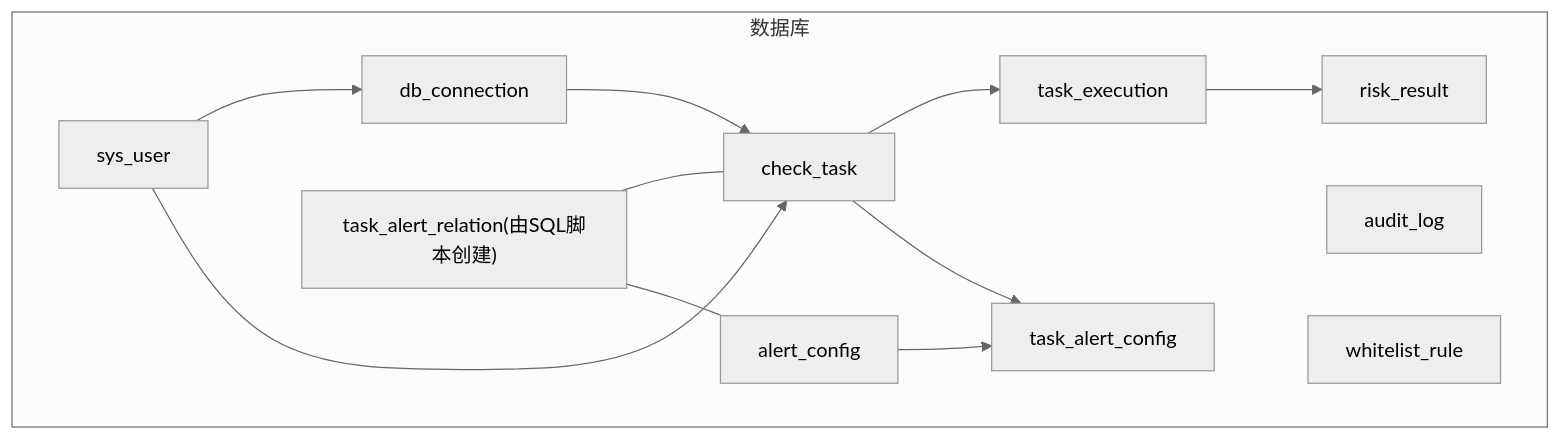
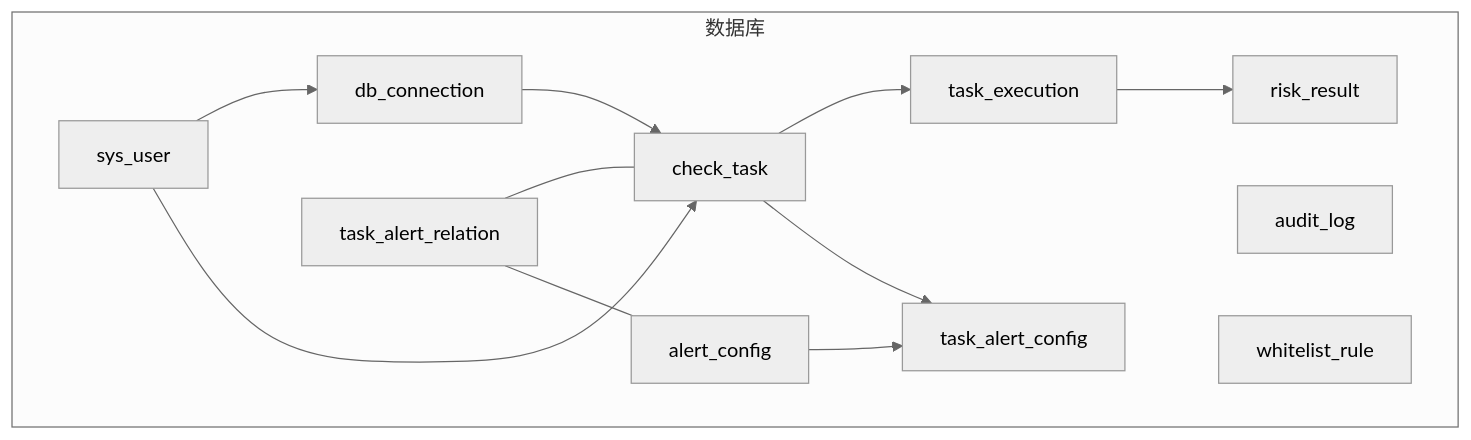
The first of 3 diagrams in .qoder/repowiki/zh/content/数据库设计/表结构详细说明/表结构详细说明.md (zzjxmy/mysql-risk-filed-check), drawn with Mermaid (neutral theme) before and after one commit. The commit also changed other lines of this file and 8 other files, not shown here.

````diff
--- a/.qoder/repowiki/zh/content/数据库设计/表结构详细说明/表结构详细说明.md
+++ b/.qoder/repowiki/zh/content/数据库设计/表结构详细说明/表结构详细说明.md
@@ -43,24 +41,24 @@
 ```mermaid
 graph TB
 subgraph "数据库"
 AC["alert_config"]
 AL["audit_log"]
 CT["check_task"]
 DC["db_connection"]
 RR["risk_result"]
 SU["sys_user"]
 TEC["task_execution"]
 WR["whitelist_rule"]
 TAC["task_alert_config"]
-TAR["task_alert_relation(由SQL脚本创建)"]
+TAR["task_alert_relation"]
 end
 SU --> DC
 SU --> CT
 DC --> CT
 CT --> TEC
 TEC --> RR
 AC --> TAC
 CT --> TAC
 TAR --- CT
 TAR --- AC
 ```
````
